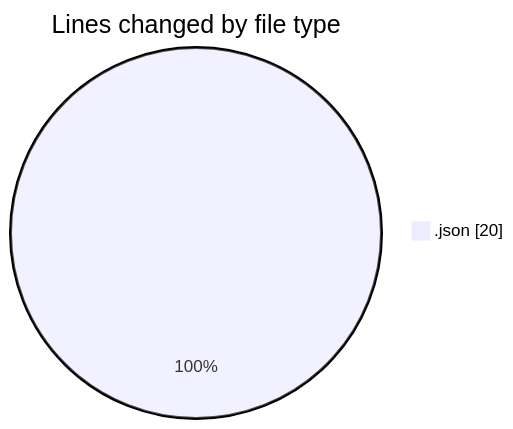
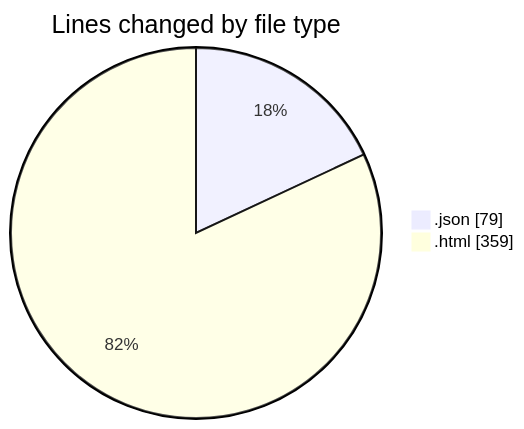
Before and after one commit to IJAZ3593/code-tracking: the first of 2 diagrams in 2025-08-31/abc/README.md, drawn with Mermaid. The commit also changed other lines of this file and 1 other file, not shown here.

````diff
--- a/2025-08-31/abc/README.md
+++ b/2025-08-31/abc/README.md
@@ -20,5 +21,6 @@
 ```mermaid
 pie showData
 title Lines changed by file type
-".json" : 20
+".json" : 79
+".html" : 359
 ```
````
